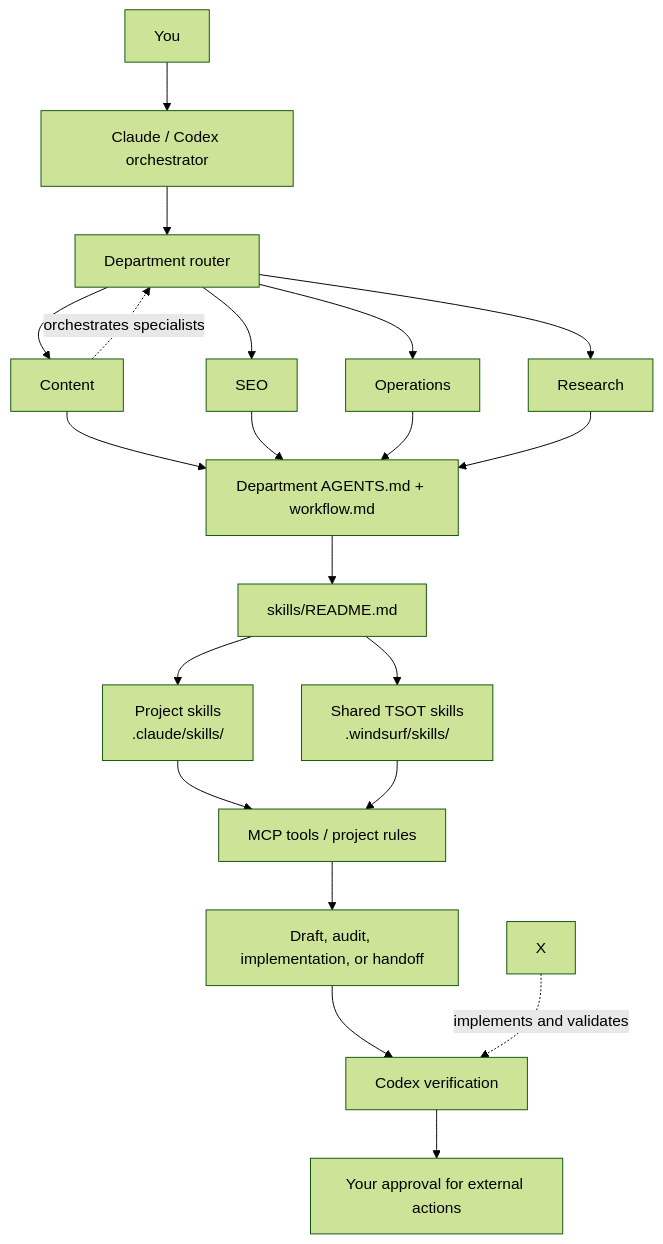
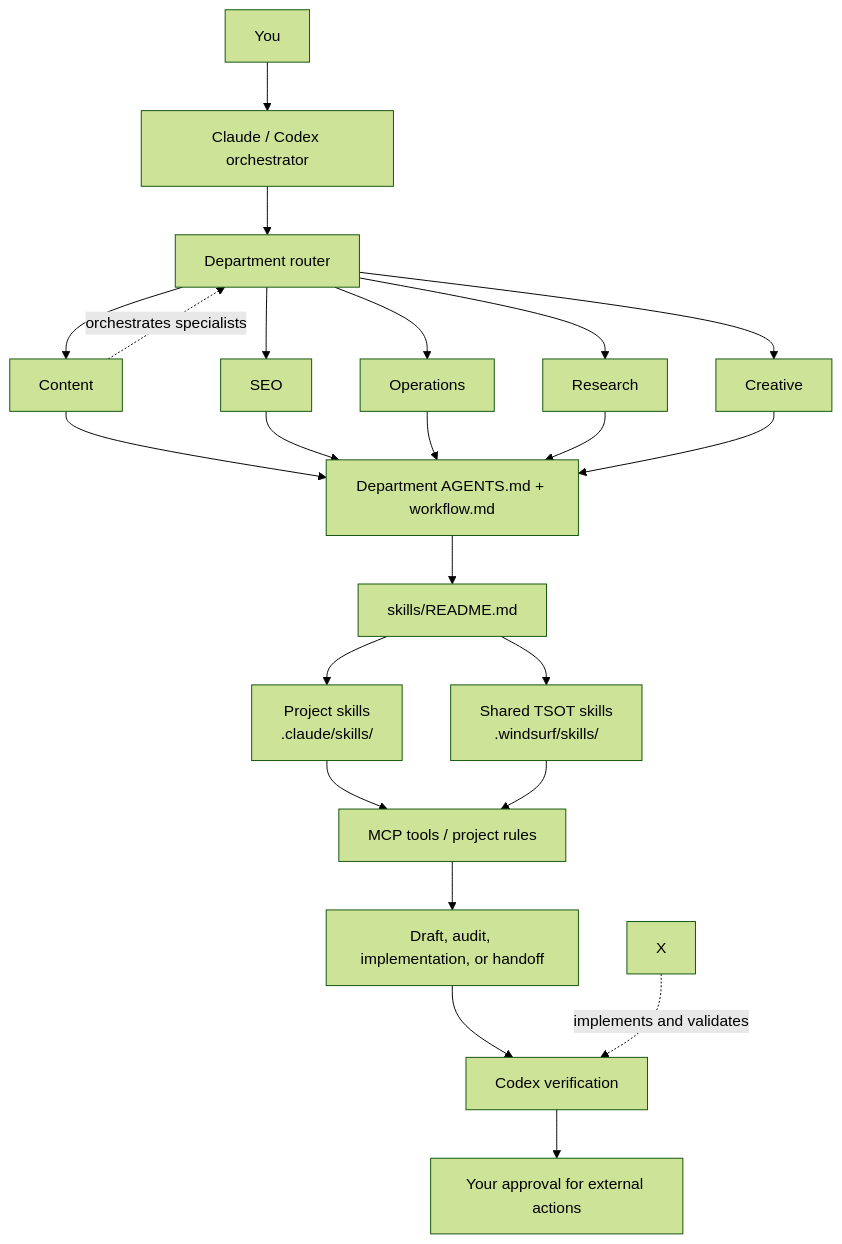
The first of 2 diagrams in docs/knowledge-library/remy-department-revamp-handoff.md (fallendamien/DigiTrustLabCode), drawn with Mermaid (forest theme) before and after one commit. The commit also changed other lines of this file and 14 other files, not shown here.

````diff
--- a/docs/knowledge-library/remy-department-revamp-handoff.md
+++ b/docs/knowledge-library/remy-department-revamp-handoff.md
@@ -13,29 +13,31 @@
 ```mermaid
 flowchart TD
     U["You"] --> O["Claude / Codex orchestrator"]
 
     O --> R["Department router"]
     R --> C["Content"]
     R --> S["SEO"]
     R --> P["Operations"]
     R --> Q["Research"]
+    R --> CR["Creative"]
 
     C --> CTX["Department AGENTS.md + workflow.md"]
     S --> CTX
     P --> CTX
     Q --> CTX
+    CR --> CTX
 
     CTX --> IDX["skills/README.md"]
     IDX --> LOCAL["Project skills<br/>.claude/skills/"]
     IDX --> SHARED["Shared TSOT skills<br/>.windsurf/skills/"]
 
     LOCAL --> MCP["MCP tools / project rules"]
     SHARED --> MCP
 
     MCP --> ART["Draft, audit, implementation, or handoff"]
     ART --> V["Codex verification"]
     V --> APPROVAL["Your approval for external actions"]
 
     C -. "orchestrates specialists" .-> R
     X -. "implements and validates" .-> V
 ```
````
